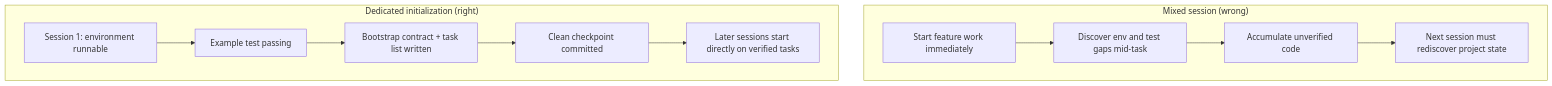
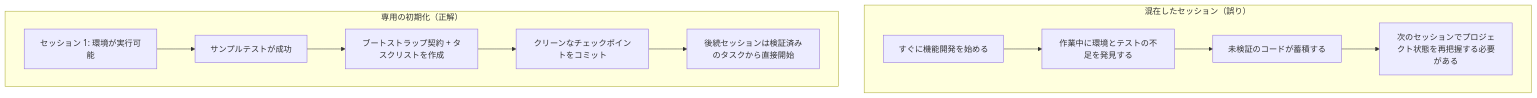
Before and after one commit to mkusaka/learn-harness-engineering: the diagram in docs/en/lectures/lecture-06-why-initialization-needs-its-own-phase/index.md, drawn with Mermaid. The commit also changed other lines of this file and 571 other files, not shown here.

````diff
--- a/docs/en/lectures/lecture-06-why-initialization-needs-its-own-phase/index.md
+++ b/docs/en/lectures/lecture-06-why-initialization-needs-its-own-phase/index.md
@@ -22,15 +22,15 @@
 ```mermaid
 flowchart TB
-    subgraph Wrong["Mixed session (wrong)"]
-        W1["Start feature work immediately"] --> W2["Discover env and test gaps mid-task"]
-        W2 --> W3["Accumulate unverified code"]
-        W3 --> W4["Next session must rediscover project state"]
+    subgraph Wrong["混在したセッション（誤り）"]
+        W1["すぐに機能開発を始める"] --> W2["作業中に環境とテストの不足を発見する"]
+        W2 --> W3["未検証のコードが蓄積する"]
+        W3 --> W4["次のセッションでプロジェクト状態を再把握する必要がある"]
     end
 
-    subgraph Right["Dedicated initialization (right)"]
-        R1["Session 1: environment runnable"] --> R2["Example test passing"]
-        R2 --> R3["Bootstrap contract + task list written"]
-        R3 --> R4["Clean checkpoint committed"]
-        R4 --> R5["Later sessions start directly on verified tasks"]
+    subgraph Right["専用の初期化（正解）"]
+        R1["セッション 1: 環境が実行可能"] --> R2["サンプルテストが成功"]
+        R2 --> R3["ブートストラップ契約 + タスクリストを作成"]
+        R3 --> R4["クリーンなチェックポイントをコミット"]
+        R4 --> R5["後続セッションは検証済みのタスクから直接開始"]
     end
 ```
````
